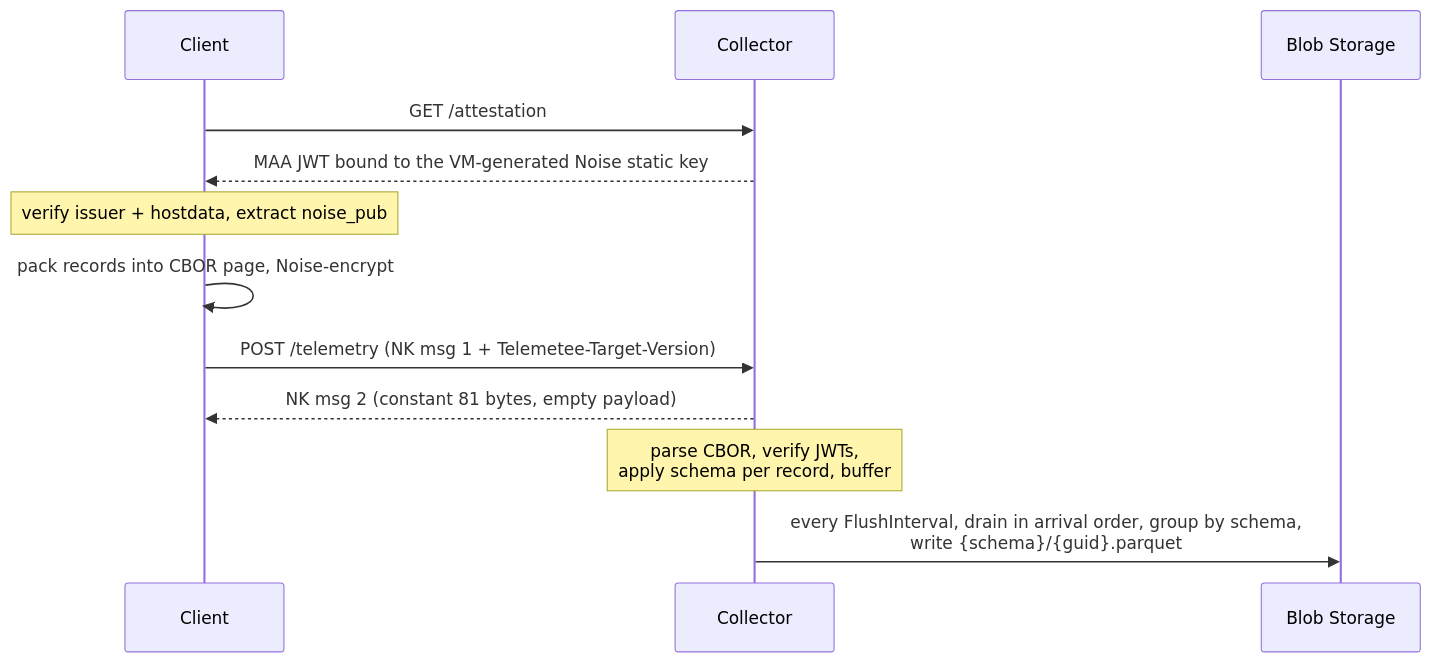
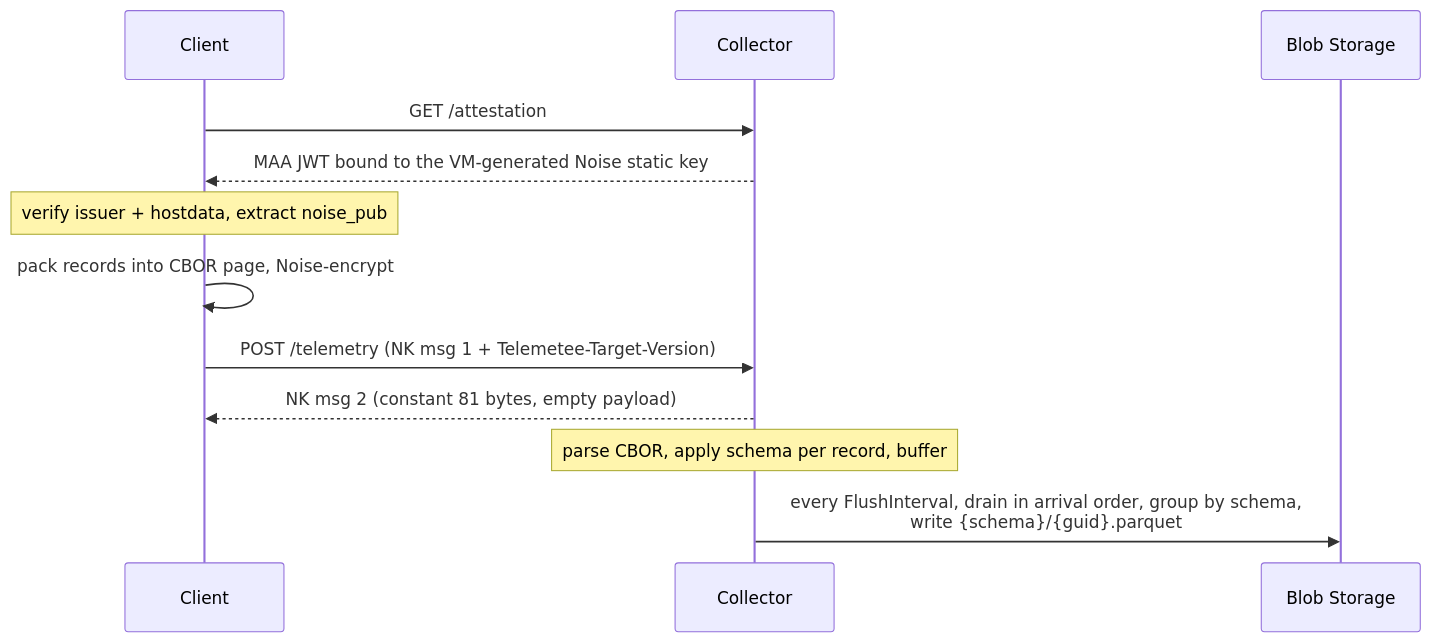
The diagram in docs/architecture.md (bitwarden/telemetee), drawn with Mermaid before and after one commit. The commit also changed other lines of this file and 33 other files, not shown here.

Commit message:
pivot to a client-provided flow id for correlations

````diff
--- a/docs/architecture.md
+++ b/docs/architecture.md
@@ -9,14 +9,14 @@
 ```mermaid
 sequenceDiagram
     participant C as Client
     participant K as Collector
     participant B as Blob Storage
     C->>K: GET /attestation
     K-->>C: MAA JWT bound to the VM-generated Noise static key
     Note over C: verify issuer + hostdata, extract noise_pub
     C->>C: pack records into CBOR page, Noise-encrypt
     C->>K: POST /telemetry  (NK msg 1 + Telemetee-Target-Version)
     K-->>C: NK msg 2 (constant 81 bytes, empty payload)
-    Note over K: parse CBOR, verify JWTs,<br/>apply schema per record, buffer
+    Note over K: parse CBOR, apply schema per record, buffer
     K->>B: every FlushInterval, drain in arrival order, group by schema,<br/>write {schema}/{guid}.parquet
 ```
````
